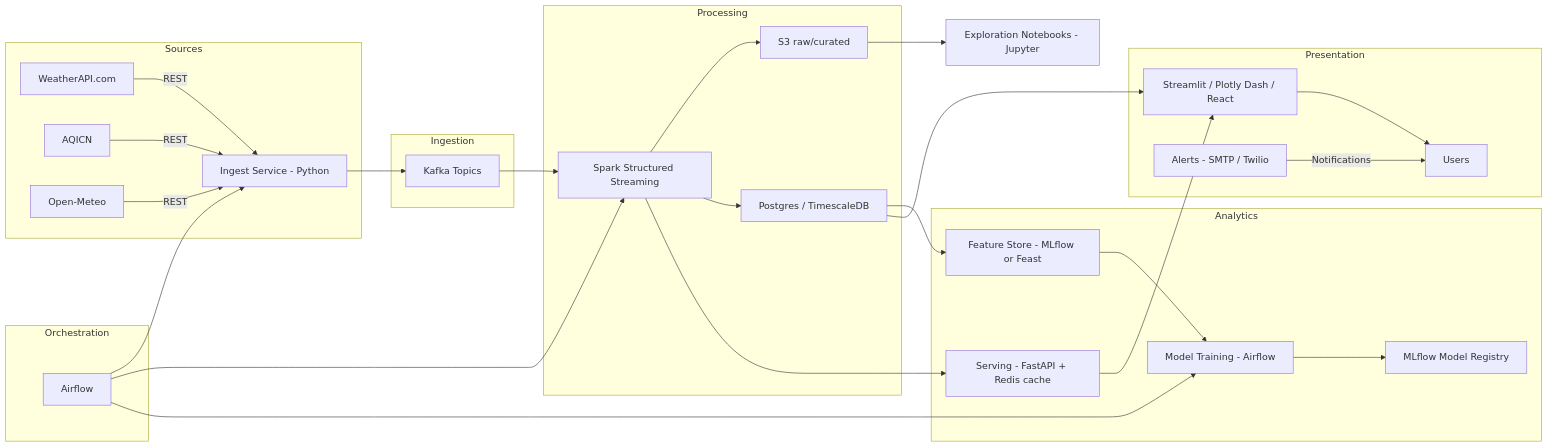
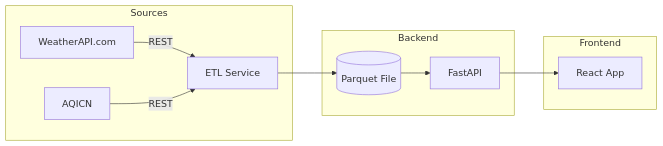
Before and after one commit to JDevShivamGarg/Smart-Environmental-Monitoring: the diagram in README.md, drawn with Mermaid. The commit also changed other lines of this file and 15 other files, not shown here.

````diff
--- a/README.md
+++ b/README.md
@@ -7,40 +16,16 @@
 ```mermaid
 flowchart LR
   subgraph Sources
     A[WeatherAPI.com] -->|REST| Ingest
     B[AQICN] -->|REST| Ingest
-    C[Open-Meteo] -->|REST| Ingest
   end
 
-  subgraph Ingestion
-    Ingest[Ingest Service - Python] --> Kafka[Kafka Topics]
+  subgraph Backend
+    Ingest[ETL Service] --> DataLake[(Parquet File)]
+    DataLake --> API[FastAPI]
   end
 
-  subgraph Processing
-    Kafka --> StreamProc[Spark Structured Streaming]
-    StreamProc --> DataLake[S3 raw/curated]
-    StreamProc --> DB[Postgres / TimescaleDB]
+  subgraph Frontend
+    API --> Dashboard[React App]
   end
-
-  subgraph Analytics
-    DB --> FeatureStore[Feature Store - MLflow or Feast]
-    FeatureStore --> ModelTrain[Model Training - Airflow]
-    ModelTrain --> ModelRegistry[MLflow Model Registry]
-    StreamProc --> RealTimeModels[Serving - FastAPI + Redis cache]
-  end
-
-  subgraph Presentation
-    DB --> Dashboard[Streamlit / Plotly Dash / React]
-    RealTimeModels --> Dashboard
-    AlertsService[Alerts - SMTP / Twilio] -->|Notifications| Users[Users]
-    Dashboard --> Users
-  end
-
-  subgraph Orchestration
-    Airflow --> Ingest
-    Airflow --> StreamProc
-    Airflow --> ModelTrain
-  end
-
-  DataLake --> Notebook[Exploration Notebooks - Jupyter]
 ```
````
